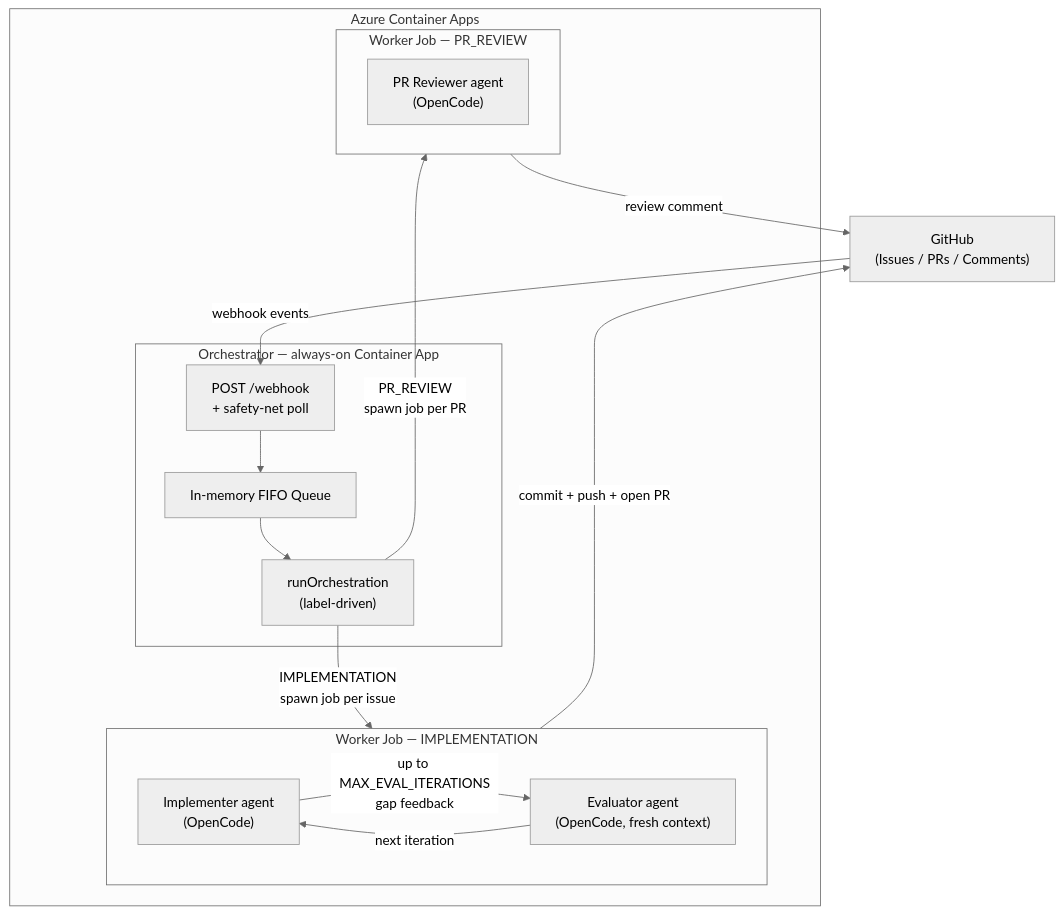
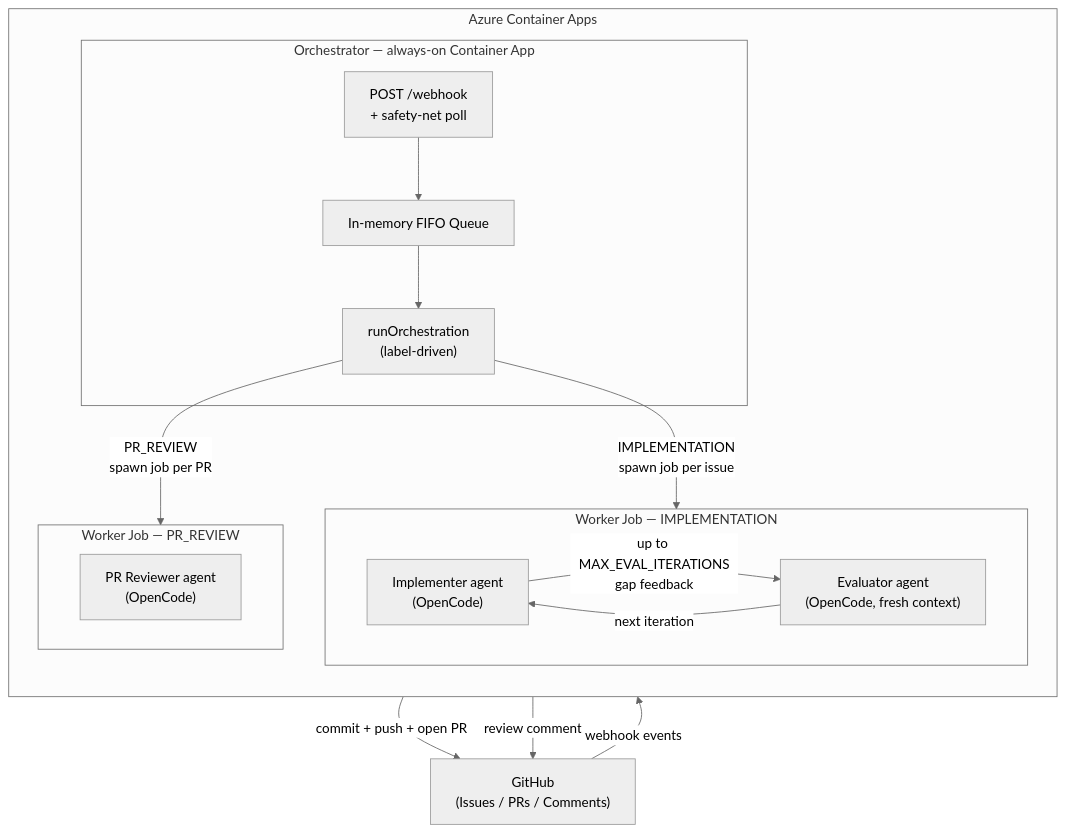
One commit to beranradek/autoworker changed the diagram in README.md. Above: the diagram before and after it, drawn with Mermaid (neutral theme). The commit also changed other lines of this file and 3 other files, not shown here.

````diff
--- a/README.md
+++ b/README.md
@@ -14,30 +14,31 @@
 ```mermaid
 graph TD
     GH["GitHub\n(Issues / PRs / Comments)"]
 
     subgraph ACA["Azure Container Apps"]
+        direction TB
         subgraph Orchestrator["Orchestrator — always-on Container App"]
             WH["POST /webhook\n+ safety-net poll"]
             Queue["In-memory FIFO Queue"]
             Orch["runOrchestration\n(label-driven)"]
             WH --> Queue --> Orch
         end
 
         subgraph WorkerImpl["Worker Job — IMPLEMENTATION"]
             Impl["Implementer agent\n(OpenCode)"]
             Eval["Evaluator agent\n(OpenCode, fresh context)"]
             Impl -->|"up to MAX_EVAL_ITERATIONS\ngap feedback"| Eval
             Eval -->|"next iteration"| Impl
         end
 
         subgraph WorkerReview["Worker Job — PR_REVIEW"]
             PRRev["PR Reviewer agent\n(OpenCode)"]
         end
     end
 
     GH -->|"webhook events"| WH
     Orch -->|"IMPLEMENTATION\nspawn job per issue"| WorkerImpl
     Orch -->|"PR_REVIEW\nspawn job per PR"| WorkerReview
     WorkerImpl -->|"commit + push + open PR"| GH
     WorkerReview -->|"review comment"| GH
 ```
````
